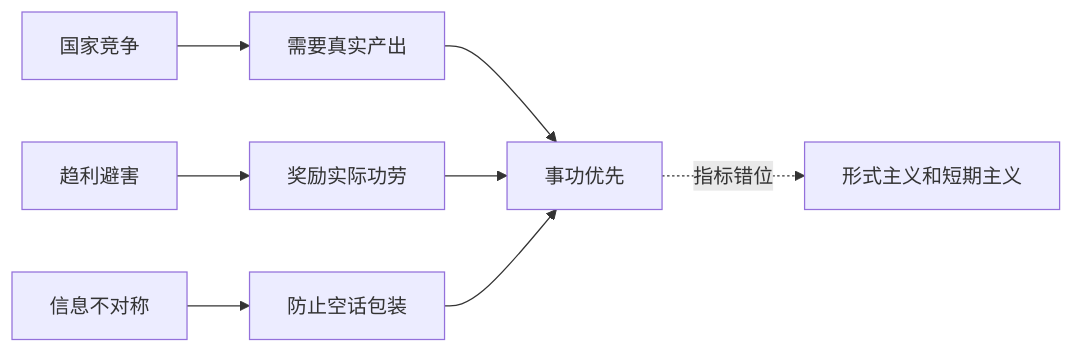
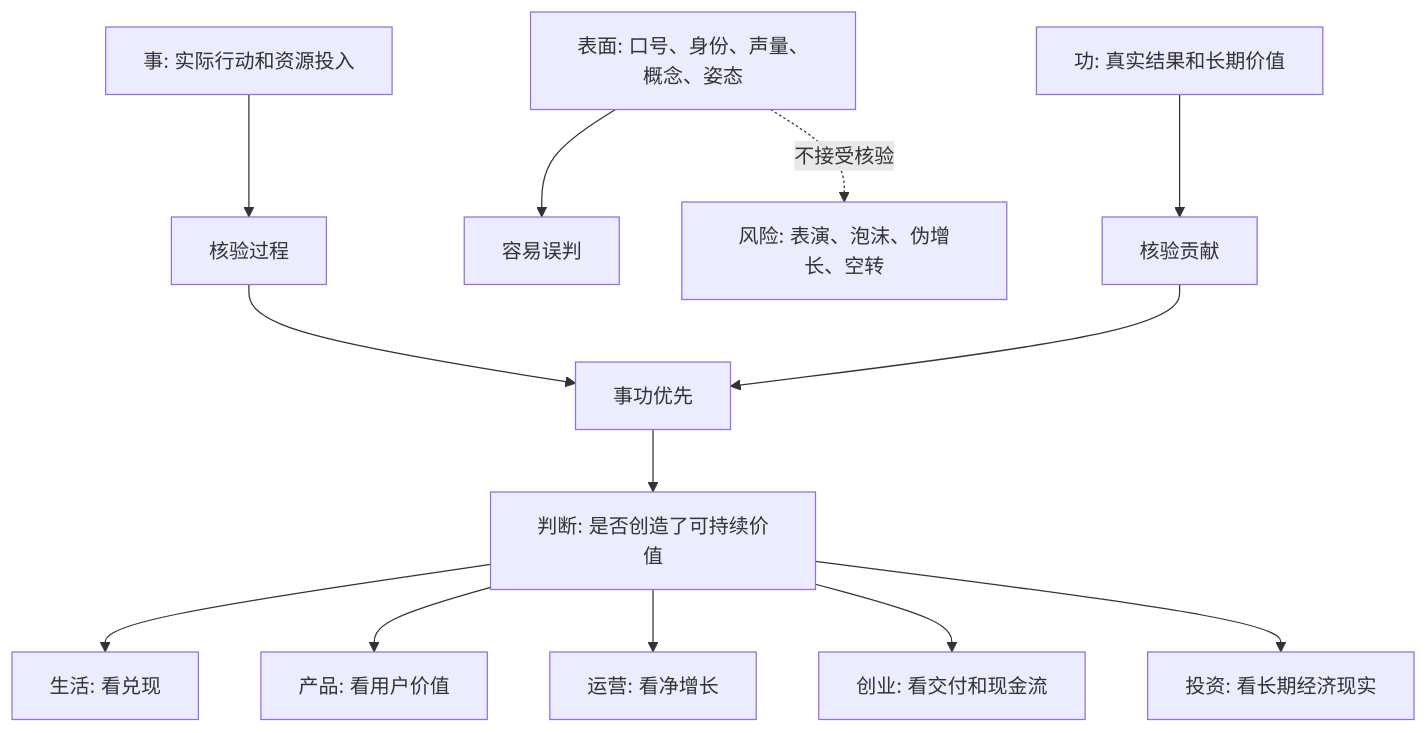
The diagram in 202605/20260518_14.md (digoal/blog), drawn with Mermaid before and after one commit. The commit also changed other lines of this file and 14 other files, not shown here.

````diff
--- a/202605/20260518_14.md
+++ b/202605/20260518_14.md
@@ -22,10 +24,15 @@
 ```mermaid
-flowchart LR
-  A["国家竞争"] --> B["需要真实产出"]
-  C["趋利避害"] --> D["奖励实际功劳"]
-  E["信息不对称"] --> F["防止空话包装"]
-  B --> G["事功优先"]
-  D --> G
+flowchart TB
+  A["表面: 口号、身份、声量、概念、姿态"] --> B["容易误判"]
+  C["事: 实际行动和资源投入"] --> D["核验过程"]
+  E["功: 真实结果和长期价值"] --> F["核验贡献"]
+  D --> G["事功优先"]
   F --> G
-  G -. "指标错位" .-> H["形式主义和短期主义"]
+  G --> H["判断: 是否创造了可持续价值"]
+  H --> I["生活: 看兑现"]
+  H --> J["产品: 看用户价值"]
+  H --> K["运营: 看净增长"]
+  H --> L["创业: 看交付和现金流"]
+  H --> M["投资: 看长期经济现实"]
+  A -. "不接受核验" .-> N["风险: 表演、泡沫、伪增长、空转"]
 ```
````
